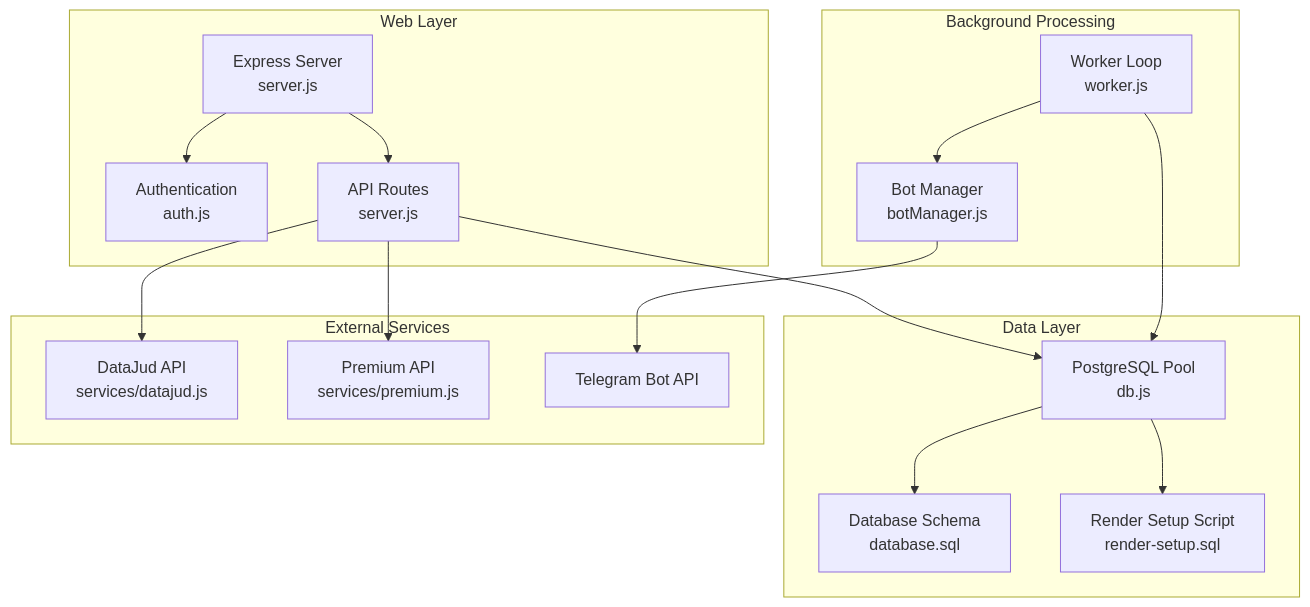
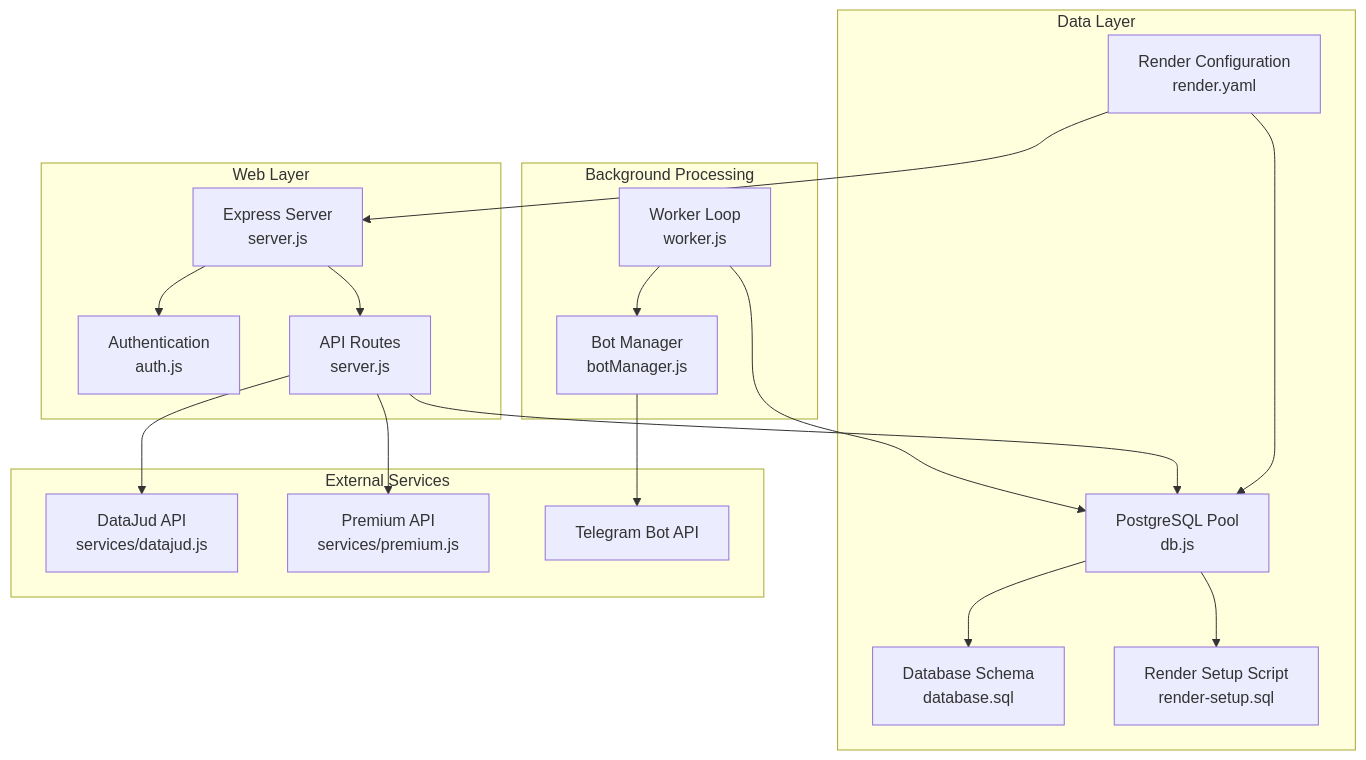
Before and after one commit to Alexandrexicara/bot-processos: the first of 5 diagrams in .qoder/repowiki/en/content/Deployment Guide.md, drawn with Mermaid. The commit also changed other lines of this file and 4 other files, not shown here.

````diff
--- a/.qoder/repowiki/en/content/Deployment Guide.md
+++ b/.qoder/repowiki/en/content/Deployment Guide.md
@@ -54,32 +56,35 @@
 ```mermaid
 graph TB
 subgraph "Web Layer"
 Server["Express Server<br/>server.js"]
 Auth["Authentication<br/>auth.js"]
 Router["API Routes<br/>server.js"]
 end
 subgraph "Background Processing"
 Worker["Worker Loop<br/>worker.js"]
 BotMgr["Bot Manager<br/>botManager.js"]
 end
 subgraph "Data Layer"
 DBPool["PostgreSQL Pool<br/>db.js"]
 Schema["Database Schema<br/>database.sql"]
 RenderSetup["Render Setup Script<br/>render-setup.sql"]
+RenderYaml["Render Configuration<br/>render.yaml"]
 end
 subgraph "External Services"
 DataJud["DataJud API<br/>services/datajud.js"]
 Premium["Premium API<br/>services/premium.js"]
 Telegram["Telegram Bot API"]
 end
 Server --> Auth
 Server --> Router
 Worker --> DBPool
 Worker --> BotMgr
 BotMgr --> Telegram
 Router --> DBPool
 Router --> DataJud
 Router --> Premium
 DBPool --> Schema
 DBPool --> RenderSetup
+RenderYaml --> Server
+RenderYaml --> DBPool
 ```
````
